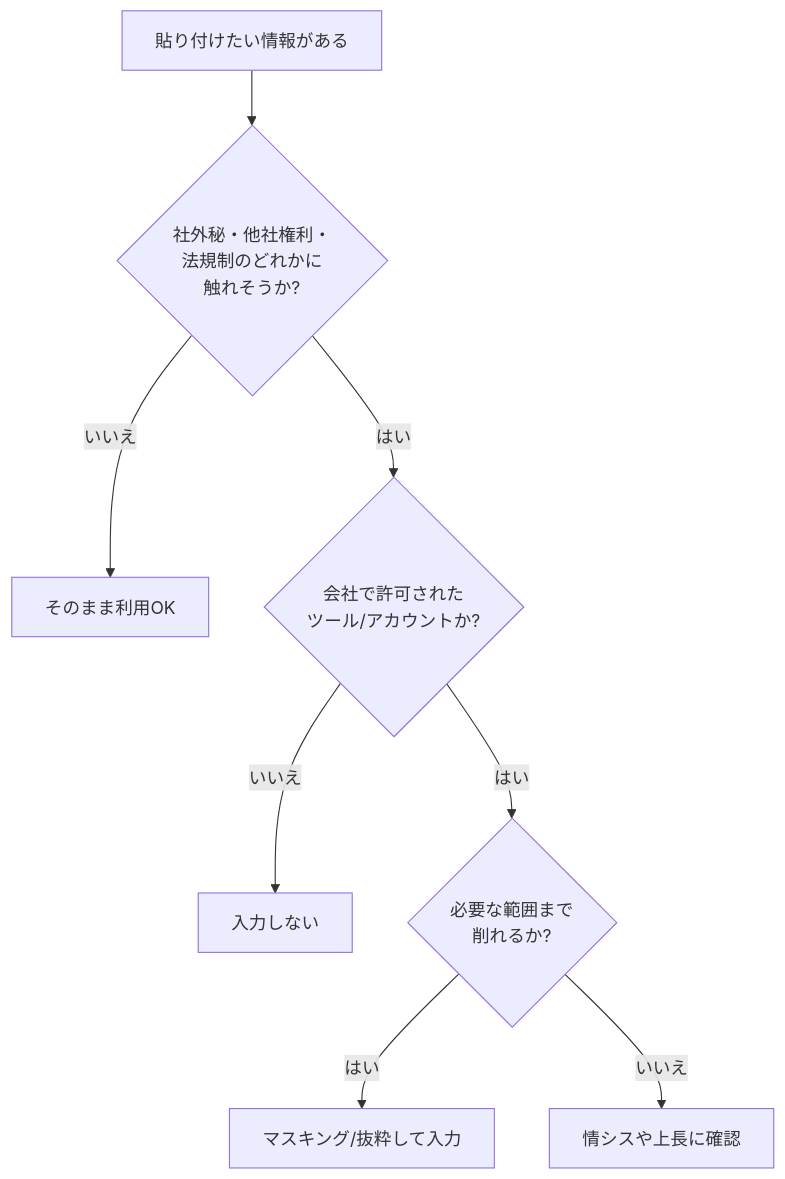
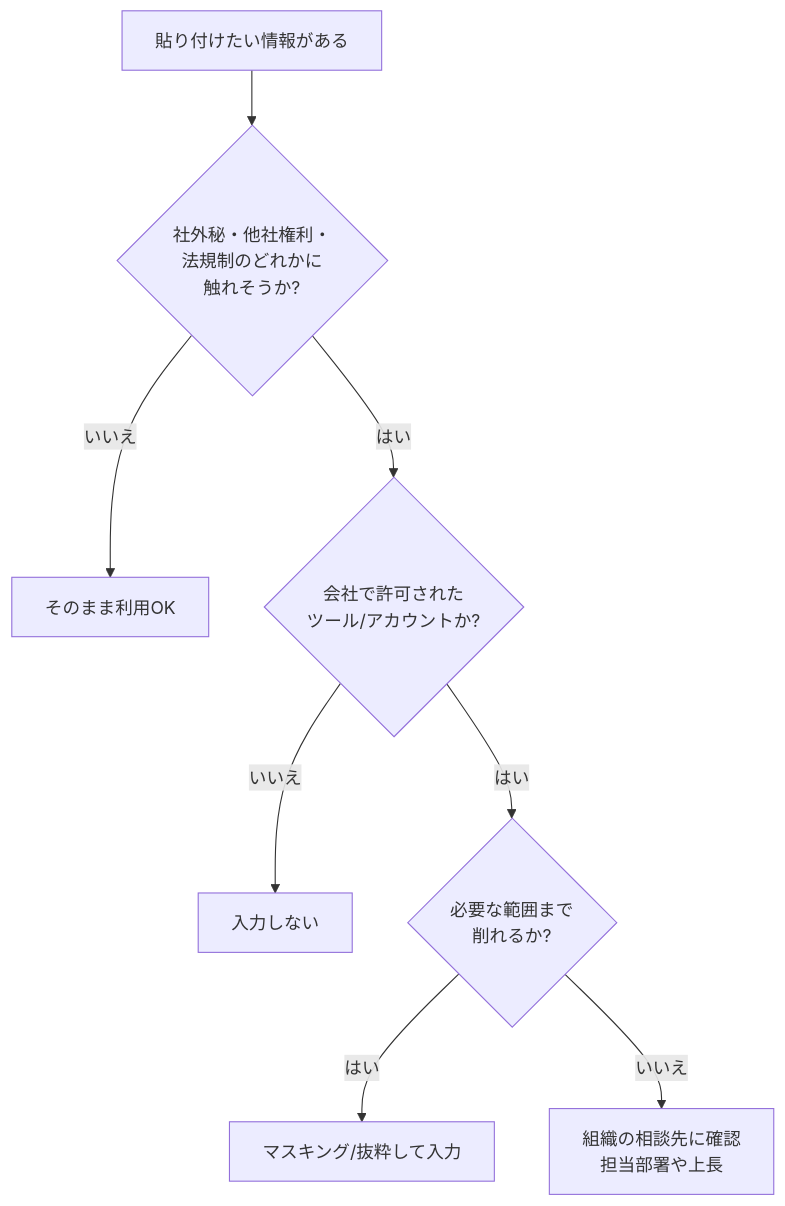
One commit to ma2saka/docs-claude-sample changed the second of 2 diagrams in docs/08-security-individual.md. Above: the diagram before and after it, drawn with Mermaid. The commit also changed other lines of this file and 8 other files, not shown here.

````diff
--- a/docs/08-security-individual.md
+++ b/docs/08-security-individual.md
@@ -67,10 +67,10 @@
 ```mermaid
 flowchart TD
     A[貼り付けたい情報がある] --> B{社外秘・他社権利・<br/>法規制のどれかに<br/>触れそうか?}
     B -- いいえ --> Z[そのまま利用OK]
     B -- はい --> C{会社で許可された<br/>ツール/アカウントか?}
     C -- いいえ --> N[入力しない]
     C -- はい --> D{必要な範囲まで<br/>削れるか?}
     D -- はい --> E[マスキング/抜粋して入力]
-    D -- いいえ --> F[情シスや上長に確認]
+    D -- いいえ --> F[組織の相談先に確認<br/>担当部署や上長]
 ```
````
